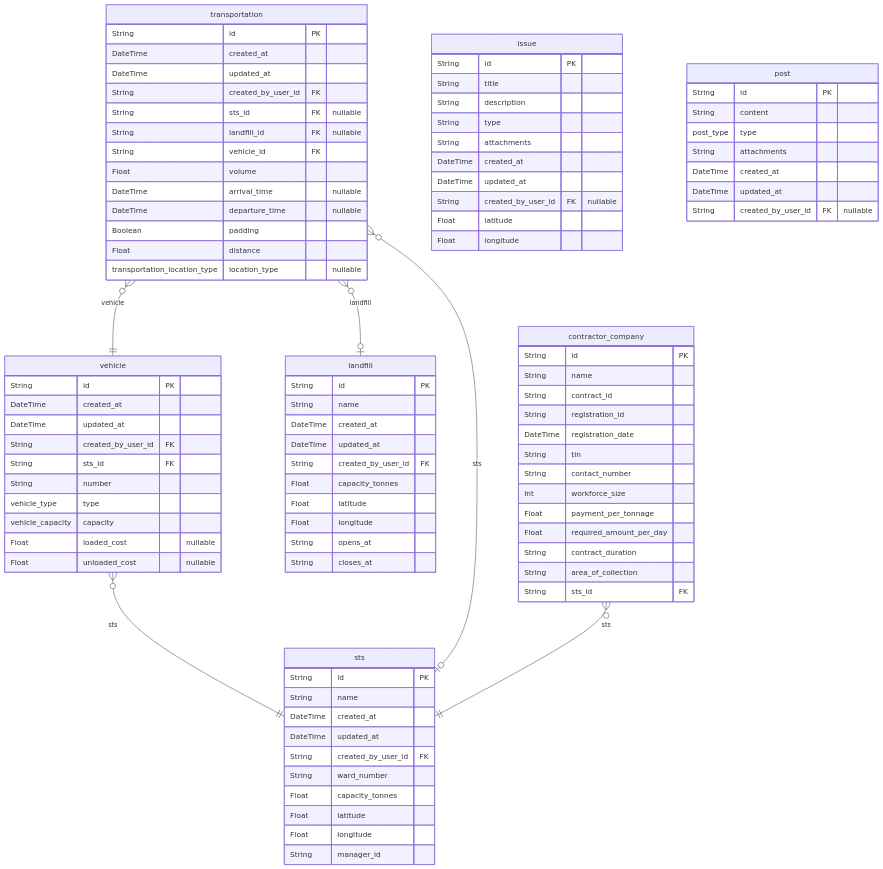
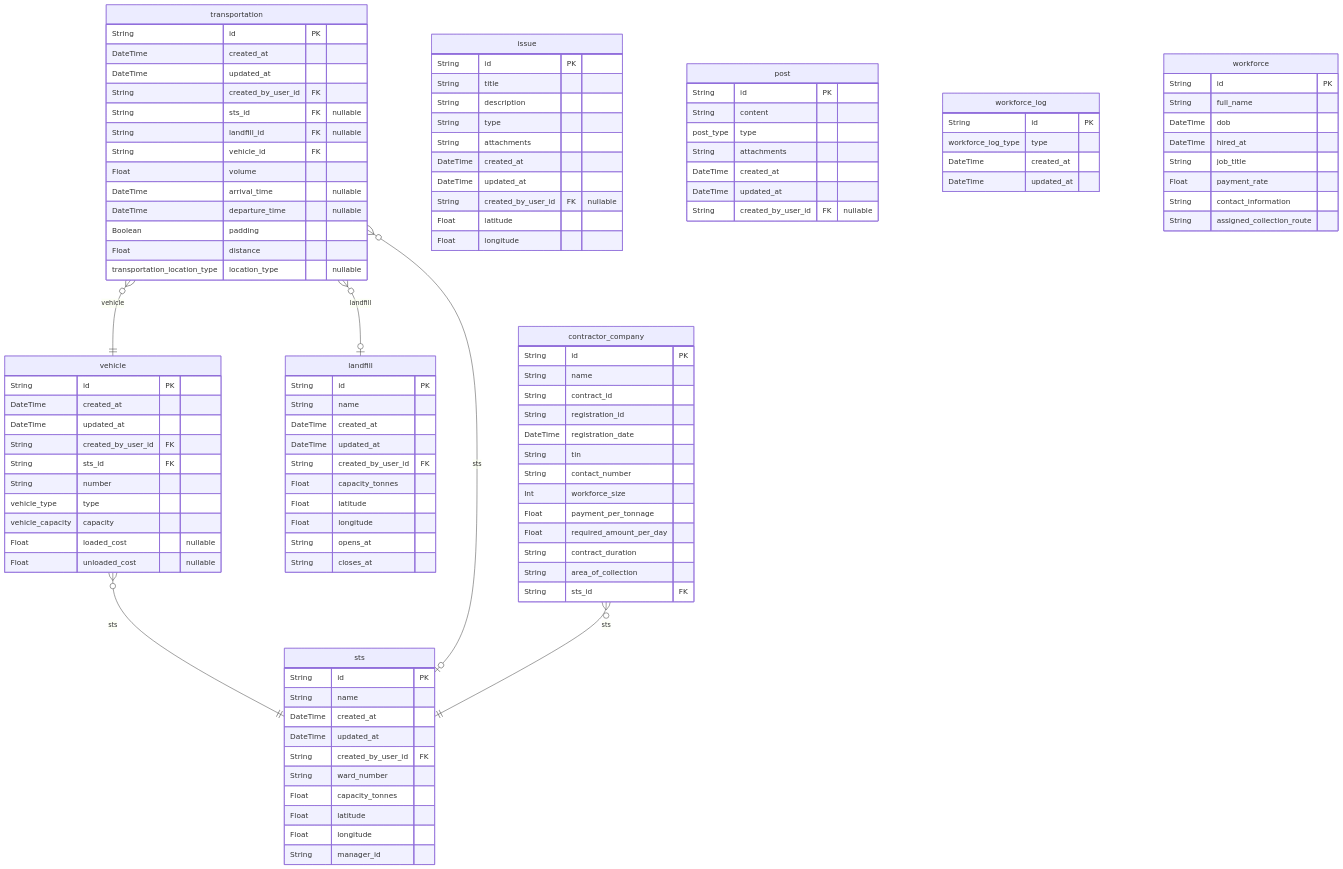
The second of 2 diagrams in packages/db/README.md (nurulhudaapon/codesamurai-final), drawn with Mermaid before and after one commit. The commit also changed other lines of this file and 4 other files, not shown here.

```diff
--- a/packages/db/README.md
+++ b/packages/db/README.md
@@ -184,6 +184,22 @@
   String area_of_collection
   String sts_id FK
 }
+"workforce_log" {
+  String id PK
+  workforce_log_type type
+  DateTime created_at
+  DateTime updated_at
+}
+"workforce" {
+  String id PK
+  String full_name
+  DateTime dob
+  DateTime hired_at
+  String job_title
+  Float payment_rate
+  String contact_information
+  String assigned_collection_route
+}
 "vehicle" }o--|| "sts" : sts
 "transportation" }o--o| "sts" : sts
 "transportation" }o--o| "landfill" : landfill
```
